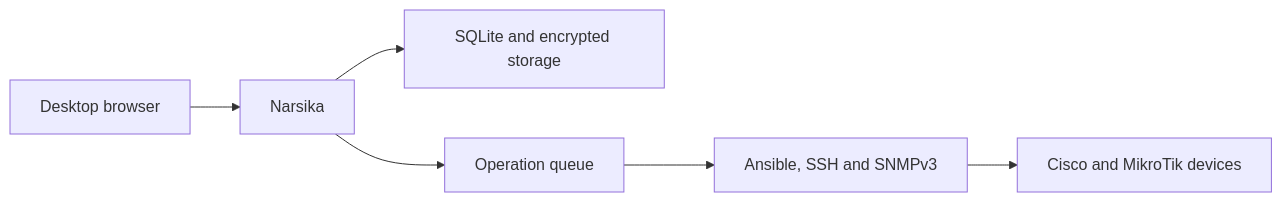
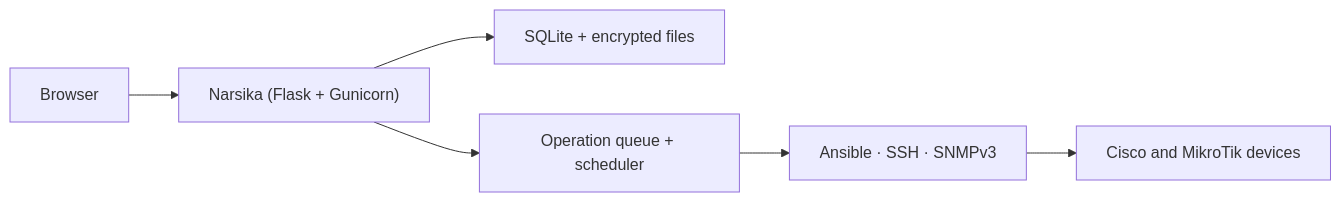
The diagram in README.md (Ali-Moghanni-ir/Narsika), drawn with Mermaid before and after one commit. The commit also changed other lines of this file and 36 other files, not shown here.

````diff
--- a/README.md
+++ b/README.md
@@ -121,8 +97,8 @@
 ```mermaid
 flowchart LR
-    U["Desktop browser"] --> N["Narsika"]
-    N --> D["SQLite and encrypted storage"]
-    N --> Q["Operation queue"]
-    Q --> A["Ansible, SSH and SNMPv3"]
+    U["Browser"] --> N["Narsika (Flask + Gunicorn)"]
+    N --> D["SQLite + encrypted files"]
+    N --> Q["Operation queue + scheduler"]
+    Q --> A["Ansible · SSH · SNMPv3"]
     A --> E["Cisco and MikroTik devices"]
 ```
````
